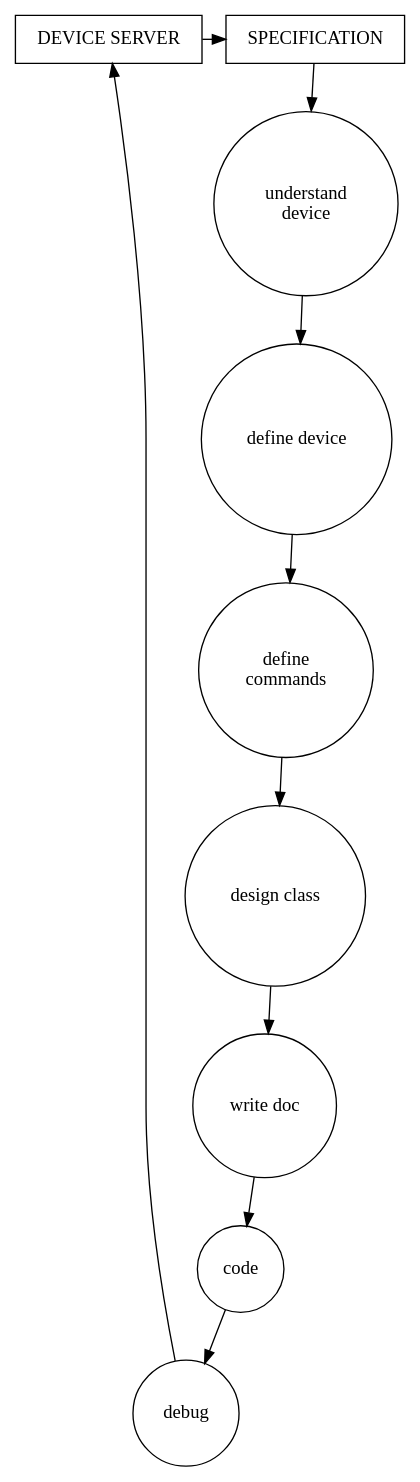
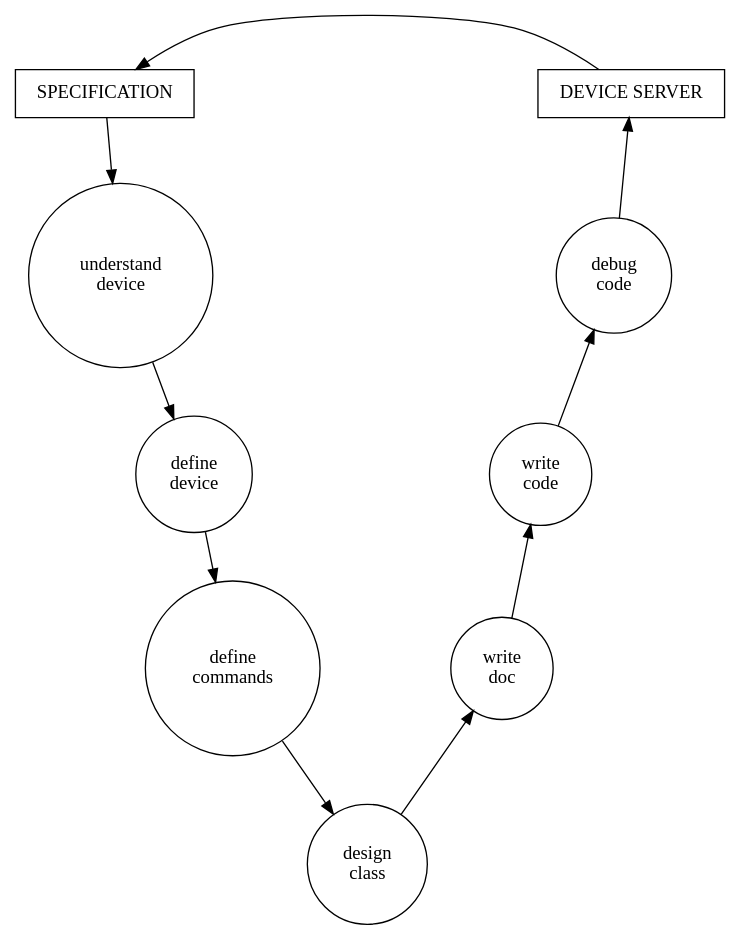
Before and after one commit to gbrandl3/taco: the diagram in taco/doc/procedure.dot, drawn with Graphviz.

Commit message:
improve the drawing

```diff
--- a/taco/doc/procedure.dot
+++ b/taco/doc/procedure.dot
@@ -1,19 +1,31 @@
 digraph procedure {
-	{
-		rank=same;
-		specification [shape=box,label="SPECIFICATION"];
-		devserver [shape=box,label="DEVICE SERVER"];
+	devserver [shape=box,label="DEVICE SERVER"];
+	specification [shape=box,label="SPECIFICATION"];
+
+	understand    [shape=circle,label="understand\ndevice"];
+	debug 	      [shape=circle,label="debug\ncode"];
+	devdefinition [shape=circle,label="define\ndevice"];
+	code          [shape=circle,label="write\ncode"];
+	cmddefinition [shape=circle,label="define\ncommands"];
+	writedoc      [shape=circle,label="write\ndoc"];
+
+	{ node [shape=circle style=invis label=dum]
+		1 2 3 21 22 23 31 32 41 
 	}
 
-	understand [shape=circle,label="understand\ndevice"];
-	devdefinition [shape=circle,label="define device"];
-	cmddefinition [shape=circle,label="define\ncommands"];
-	design [shape=circle,label="design class"];
-	writedoc [shape=circle,label="write doc"];
-	code [shape=circle,label="code"];
-	debug [shape=circle,label="debug"];
 
+	{rank=same; devserver; 1; 2; 3; specification;}
+	{rank=same; understand; 21; 22; 23; debug;}
+	{rank=same; devdefinition; 31; 32; code;}
+	{rank=same; cmddefinition; 41; writedoc;}
+
+	design [shape=circle,label="design\nclass"];
+
+	specification -> devserver [dir=back];
 	specification -> understand -> devdefinition -> cmddefinition -> design -> writedoc -> code -> debug -> devserver;
-	devserver -> specification;
+	specification -> 1 -> 2 -> 3 -> devserver [style=invis];
+	understand -> 21 -> 22 -> 23 -> debug [style=invis];
+	devdefinition -> 31 -> 32 -> code [style=invis];
+	cmddefinition -> 41 -> writedoc [style=invis];
 	
 }
```
